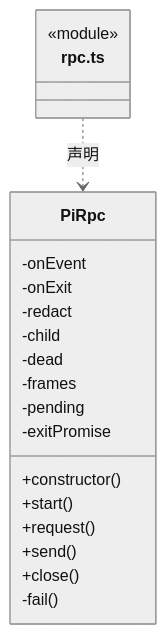
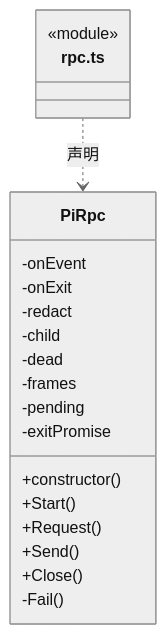
Before and after one commit to nan023062/cbim: the sixth of 11 diagrams in src/logic/execution/engines/pi/ARCHITECTURE.md, drawn with Mermaid (neutral theme). The commit also changed other lines of this file and 1035 other files, not shown here.

````diff
--- a/src/logic/execution/engines/pi/ARCHITECTURE.md
+++ b/src/logic/execution/engines/pi/ARCHITECTURE.md
@@ -140,23 +140,23 @@
 ```mermaid
 classDiagram
 class N_src_logic_execution_engines_pi_rpc_ts["rpc.ts"] {
   <<module>>
 }
 class N_src_logic_execution_engines_pi_rpc_ts_PiRpc["PiRpc"] {
   +constructor()
-  +start()
-  +request()
-  +send()
-  +close()
+  +Start()
+  +Request()
+  +Send()
+  +Close()
   -onEvent
   -onExit
   -redact
   -child
   -dead
   -frames
   -pending
   -exitPromise
-  -fail()
+  -Fail()
 }
 N_src_logic_execution_engines_pi_rpc_ts ..> N_src_logic_execution_engines_pi_rpc_ts_PiRpc : 声明
 ```
````
